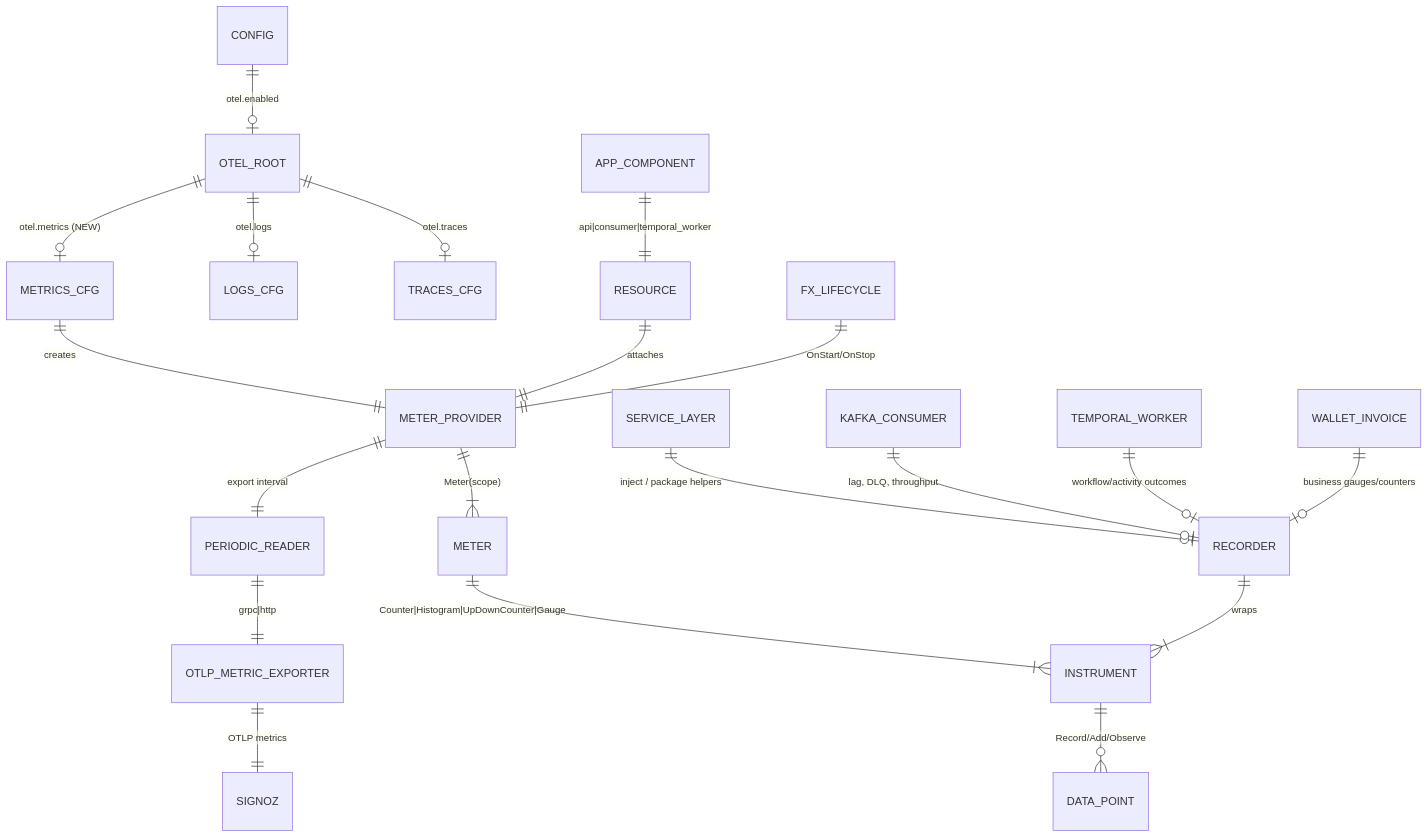
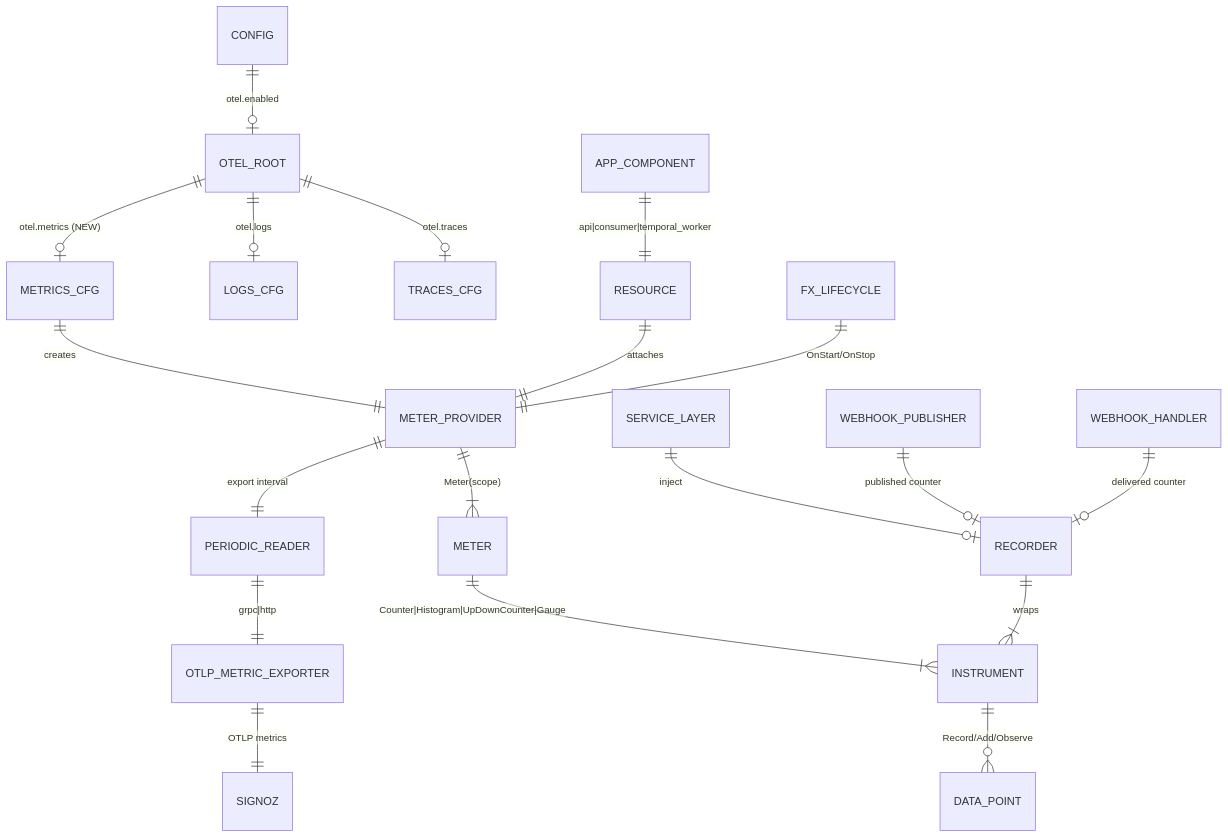
Before and after one commit to flexprice/flexprice: the first of 2 diagrams in docs/prds/otel_custom_metrics_signoz.md, drawn with Mermaid. The commit also changed other lines of this file, not shown here.

First line of the commit message:
docs: narrow OTEL metrics ERD to webhook publish/deliver SLI

````diff
--- a/docs/prds/otel_custom_metrics_signoz.md
+++ b/docs/prds/otel_custom_metrics_signoz.md
@@ -45,25 +51,24 @@
 ```mermaid
 erDiagram
     CONFIG ||--o| OTEL_ROOT : "otel.enabled"
     OTEL_ROOT ||--o| TRACES_CFG : "otel.traces"
     OTEL_ROOT ||--o| LOGS_CFG : "otel.logs"
     OTEL_ROOT ||--o| METRICS_CFG : "otel.metrics (NEW)"
 
     METRICS_CFG ||--|| METER_PROVIDER : "creates"
     RESOURCE ||--|| METER_PROVIDER : "attaches"
     METER_PROVIDER ||--|{ METER : "Meter(scope)"
     METER ||--|{ INSTRUMENT : "Counter|Histogram|UpDownCounter|Gauge"
     INSTRUMENT ||--o{ DATA_POINT : "Record/Add/Observe"
     METER_PROVIDER ||--|| PERIODIC_READER : "export interval"
     PERIODIC_READER ||--|| OTLP_METRIC_EXPORTER : "grpc|http"
     OTLP_METRIC_EXPORTER ||--|| SIGNOZ : "OTLP metrics"
 
     FX_LIFECYCLE ||--|| METER_PROVIDER : "OnStart/OnStop"
     APP_COMPONENT ||--|| RESOURCE : "api|consumer|temporal_worker"
 
     RECORDER ||--|{ INSTRUMENT : "wraps"
-    SERVICE_LAYER ||--o| RECORDER : "inject / package helpers"
-    KAFKA_CONSUMER ||--o| RECORDER : "lag, DLQ, throughput"
-    TEMPORAL_WORKER ||--o| RECORDER : "workflow/activity outcomes"
-    WALLET_INVOICE ||--o| RECORDER : "business gauges/counters"
+    SERVICE_LAYER ||--o| RECORDER : "inject"
+    WEBHOOK_PUBLISHER ||--o| RECORDER : "published counter"
+    WEBHOOK_HANDLER ||--o| RECORDER : "delivered counter"
 ```
````
